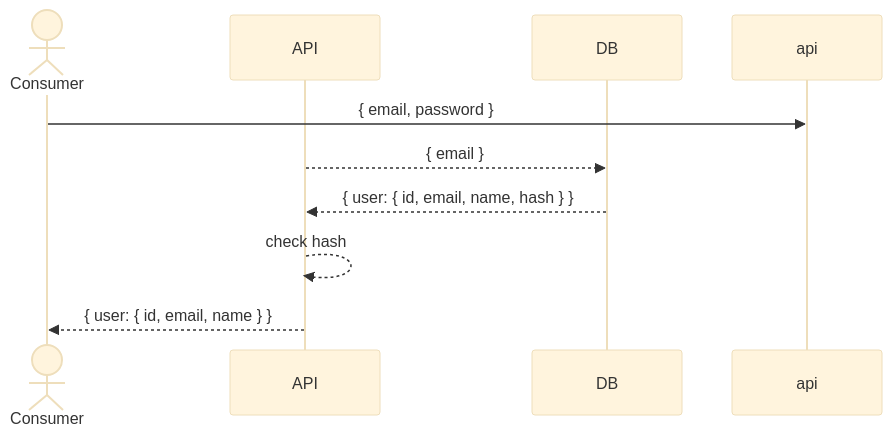
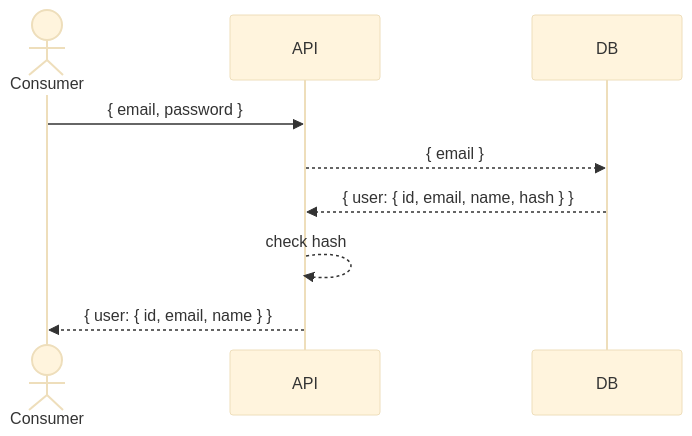
Before and after one commit to KhitrovMaksim/uml: the second of 4 diagrams in README.md, drawn with Mermaid (base theme).

````diff
--- a/README.md
+++ b/README.md
@@ -17,11 +17,11 @@
 ```mermaid
 sequenceDiagram
     actor Consumer
     participant API
     participant DB
-    Consumer->>api: { email, password }
+    Consumer->>API: { email, password }
     API-->>DB: { email }
     DB-->>API: { user: { id, email, name, hash } }
     API-->>API: check hash
     API-->>Consumer: { user: { id, email, name } }
 ```
````
